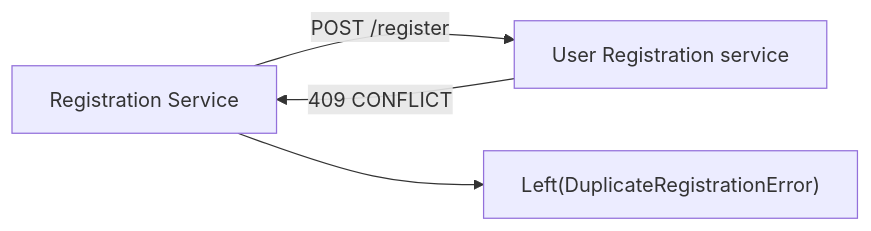
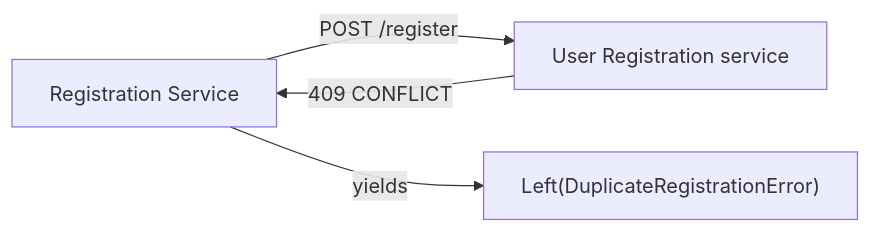
The tenth of 13 diagrams in docs/ch06-remote-procedure-invocation.md (vinayakuber/microservices-io-study-guide), drawn with Mermaid before and after one commit. The commit also changed other lines of this file and 71 other files, not shown here.

First line of the commit message:
R18: label every diagram arrow with its meaning

````diff
--- a/docs/ch06-remote-procedure-invocation.md
+++ b/docs/ch06-remote-procedure-invocation.md
@@ -347,6 +347,6 @@
 ```mermaid
 flowchart LR
   C["Registration Service"] -->|"POST /register"| SVC["User Registration service"]
   SVC -->|"409 CONFLICT"| C
-  C --> L["Left(DuplicateRegistrationError)"]
+  C -->|"yields"| L["Left(DuplicateRegistrationError)"]
 ```
````
